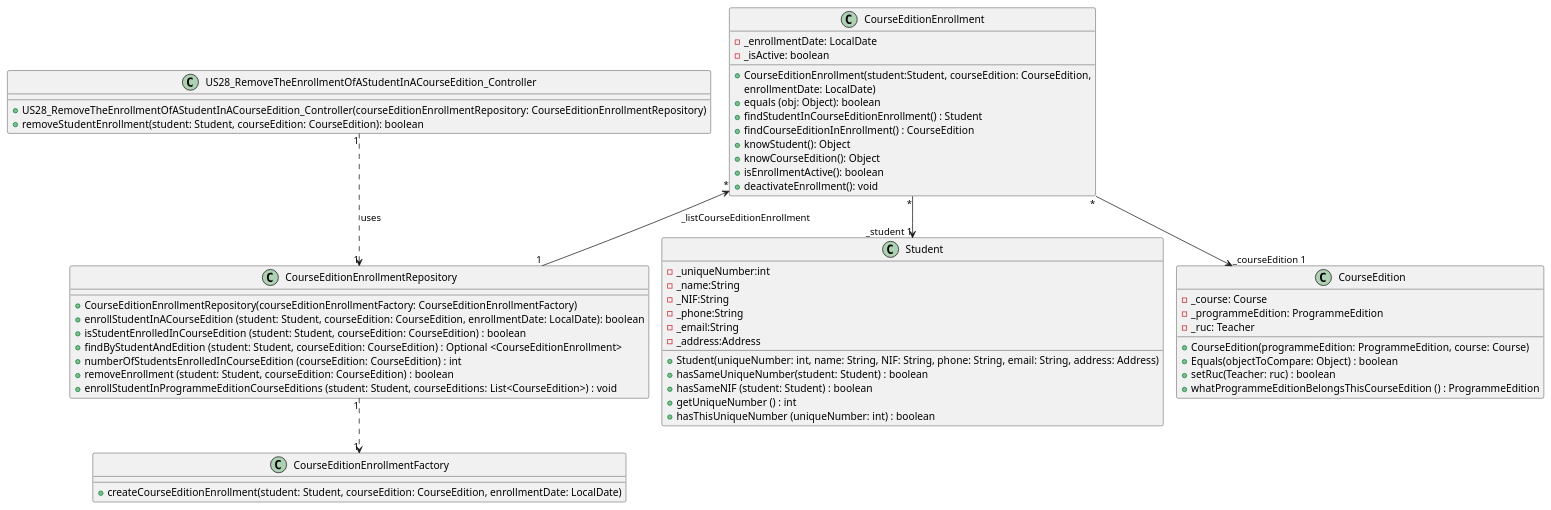
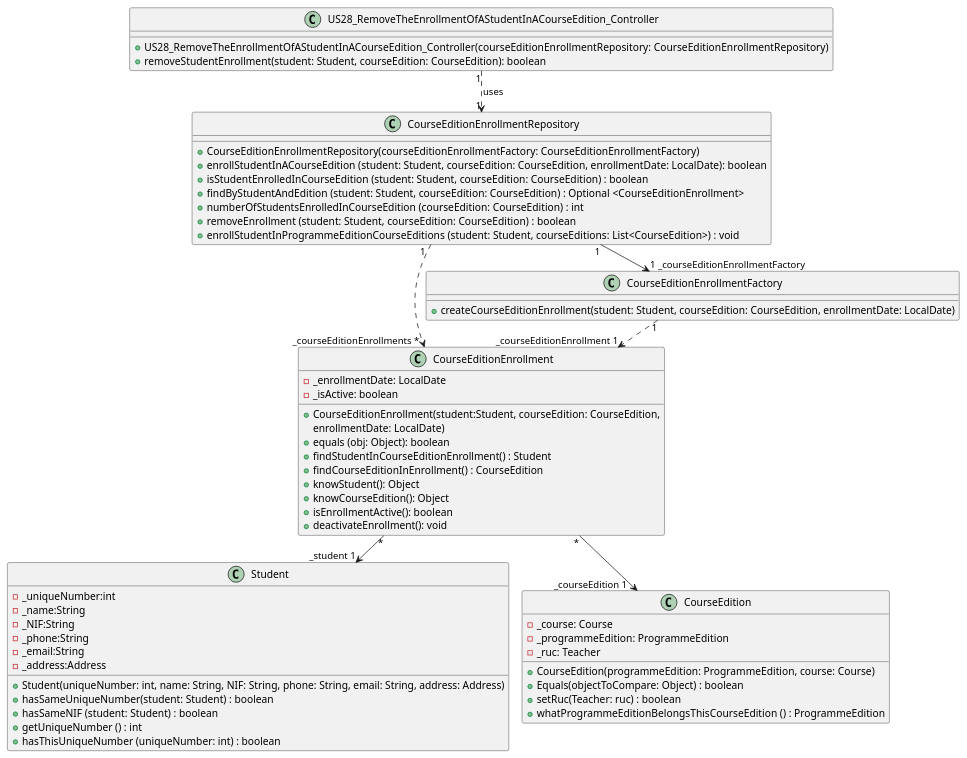
The diagram in docs/US28/US28_RemoveTheEnrollmentOfAStudentInACourseEdition_ClassDiagram.puml (GasparISEP/DevOps-PAI), drawn with PlantUML before and after one commit.

Commit message:
Refactor US28_ClassDiagram: Correct associations to reflect accurate dependencies

```diff
--- a/docs/US28/US28_RemoveTheEnrollmentOfAStudentInACourseEdition_ClassDiagram.puml
+++ b/docs/US28/US28_RemoveTheEnrollmentOfAStudentInACourseEdition_ClassDiagram.puml
@@ -1,70 +1,67 @@
 @startuml
 !pragma layout smetana
-
 
 class US28_RemoveTheEnrollmentOfAStudentInACourseEdition_Controller {
     +US28_RemoveTheEnrollmentOfAStudentInACourseEdition_Controller(courseEditionEnrollmentRepository: CourseEditionEnrollmentRepository)
     +removeStudentEnrollment(student: Student, courseEdition: CourseEdition): boolean
 }
 
 class CourseEditionEnrollment {
     -_enrollmentDate: LocalDate
     -_isActive: boolean
     +CourseEditionEnrollment(student:Student, courseEdition: CourseEdition,
      enrollmentDate: LocalDate)
     +equals (obj: Object): boolean
     +findStudentInCourseEditionEnrollment() : Student
     +findCourseEditionInEnrollment() : CourseEdition
     +knowStudent(): Object
     +knowCourseEdition(): Object
     +isEnrollmentActive(): boolean
     +deactivateEnrollment(): void
 }
 
 class CourseEditionEnrollmentRepository {
     +CourseEditionEnrollmentRepository(courseEditionEnrollmentFactory: CourseEditionEnrollmentFactory)
     +enrollStudentInACourseEdition (student: Student, courseEdition: CourseEdition, enrollmentDate: LocalDate): boolean
     +isStudentEnrolledInCourseEdition (student: Student, courseEdition: CourseEdition) : boolean
     +findByStudentAndEdition (student: Student, courseEdition: CourseEdition) : Optional <CourseEditionEnrollment>
     +numberOfStudentsEnrolledInCourseEdition (courseEdition: CourseEdition) : int
     +removeEnrollment (student: Student, courseEdition: CourseEdition) : boolean
     +enrollStudentInProgrammeEditionCourseEditions (student: Student, courseEditions: List<CourseEdition>) : void
 }
 
 class Student {
     -_uniqueNumber:int
     -_name:String
     -_NIF:String
     -_phone:String
     -_email:String
     -_address:Address
     +Student(uniqueNumber: int, name: String, NIF: String, phone: String, email: String, address: Address)
     +hasSameUniqueNumber(student: Student) : boolean
     +hasSameNIF (student: Student) : boolean
     +getUniqueNumber () : int
     +hasThisUniqueNumber (uniqueNumber: int) : boolean
 }
 
 class CourseEdition {
     -_course: Course
     -_programmeEdition: ProgrammeEdition
     -_ruc: Teacher
     +CourseEdition(programmeEdition: ProgrammeEdition, course: Course)
     +Equals(objectToCompare: Object) : boolean
     +setRuc(Teacher: ruc) : boolean
     +whatProgrammeEditionBelongsThisCourseEdition () : ProgrammeEdition
 }
 
-class CourseEditionEnrollmentFactory{
+class CourseEditionEnrollmentFactory {
     +createCourseEditionEnrollment(student: Student, courseEdition: CourseEdition, enrollmentDate: LocalDate)
 }
 
-
-
-
 CourseEditionEnrollment "*" --> "_student 1" Student
-CourseEditionEnrollment "*" --> "_courseEdition 1  " CourseEdition
-CourseEditionEnrollment "                                *" <-- "1" CourseEditionEnrollmentRepository: _listCourseEditionEnrollment
-US28_RemoveTheEnrollmentOfAStudentInACourseEdition_Controller "1"..> "1" CourseEditionEnrollmentRepository : uses
-CourseEditionEnrollmentRepository "1" ..> "1" CourseEditionEnrollmentFactory
+CourseEditionEnrollment "*" --> "_courseEdition 1    " CourseEdition
+CourseEditionEnrollmentRepository"   1  " ..> "    _courseEditionEnrollments *  "CourseEditionEnrollment
+CourseEditionEnrollmentFactory "1" ..> "      _courseEditionEnrollment 1"CourseEditionEnrollment
+CourseEditionEnrollmentRepository "1" --> "1 _courseEditionEnrollmentFactory      " CourseEditionEnrollmentFactory
+US28_RemoveTheEnrollmentOfAStudentInACourseEdition_Controller "1" ..> "1" CourseEditionEnrollmentRepository : uses
 @enduml
```
